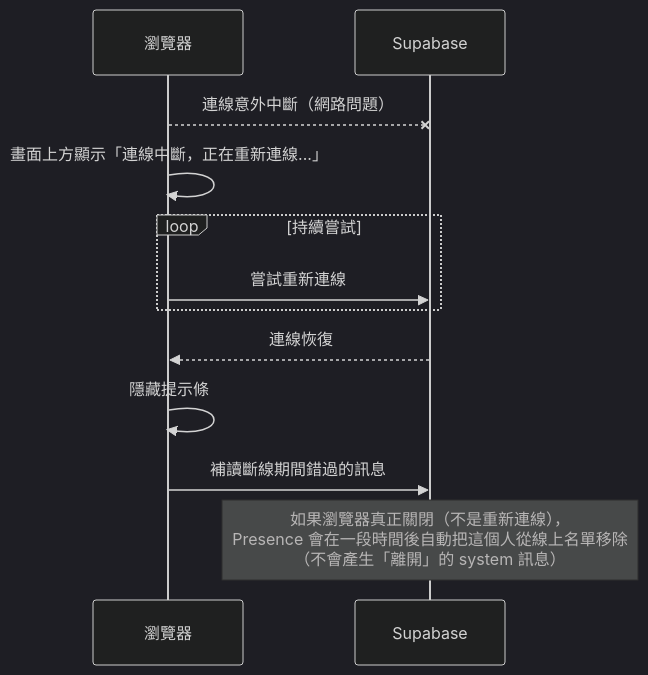
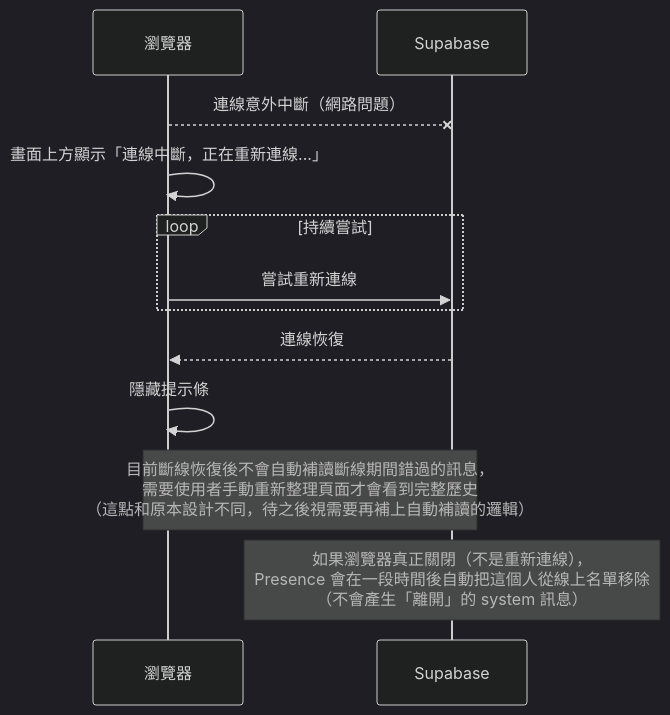
One commit to Liu87254/20261013 changed the fifth of 5 diagrams in docs/architecture.md. Above: the diagram before and after it, drawn with Mermaid (dark theme). The commit also changed other lines of this file and 1 other file, not shown here.

First line of the commit message:
Align architecture.md with Supabase integration, add image upload validation

````diff
--- a/docs/architecture.md
+++ b/docs/architecture.md
@@ -199,15 +199,15 @@
 ```mermaid
 sequenceDiagram
     participant 瀏覽器
     participant Supabase
 
     瀏覽器--xSupabase: 連線意外中斷（網路問題）
     瀏覽器->>瀏覽器: 畫面上方顯示「連線中斷，正在重新連線...」
     loop 持續嘗試
         瀏覽器->>Supabase: 嘗試重新連線
     end
     Supabase-->>瀏覽器: 連線恢復
     瀏覽器->>瀏覽器: 隱藏提示條
-    瀏覽器->>Supabase: 補讀斷線期間錯過的訊息
+    Note over 瀏覽器,Supabase: 目前斷線恢復後不會自動補讀斷線期間錯過的訊息，<br/>需要使用者手動重新整理頁面才會看到完整歷史<br/>（這點和原本設計不同，待之後視需要再補上自動補讀的邏輯）
     Note over Supabase: 如果瀏覽器真正關閉（不是重新連線），<br/>Presence 會在一段時間後自動把這個人從線上名單移除<br/>（不會產生「離開」的 system 訊息）
 ```
````
